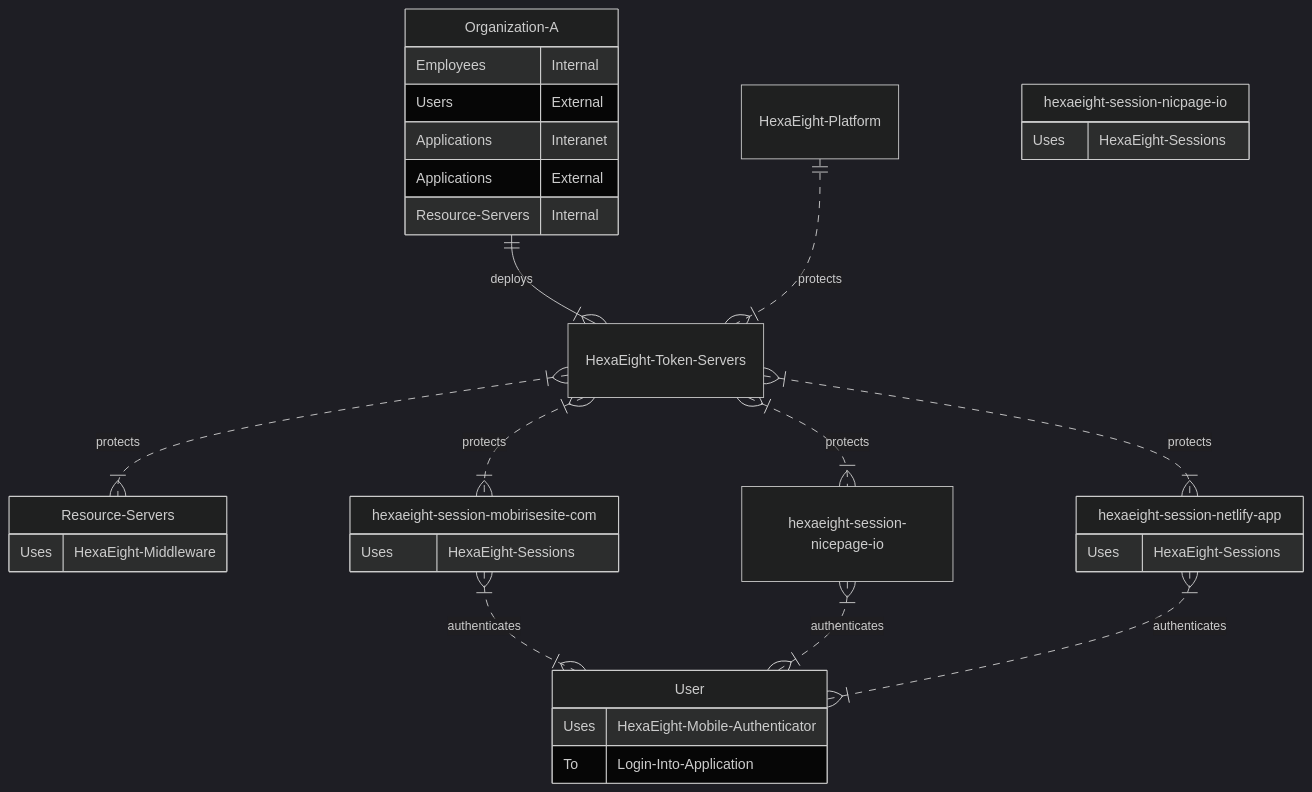
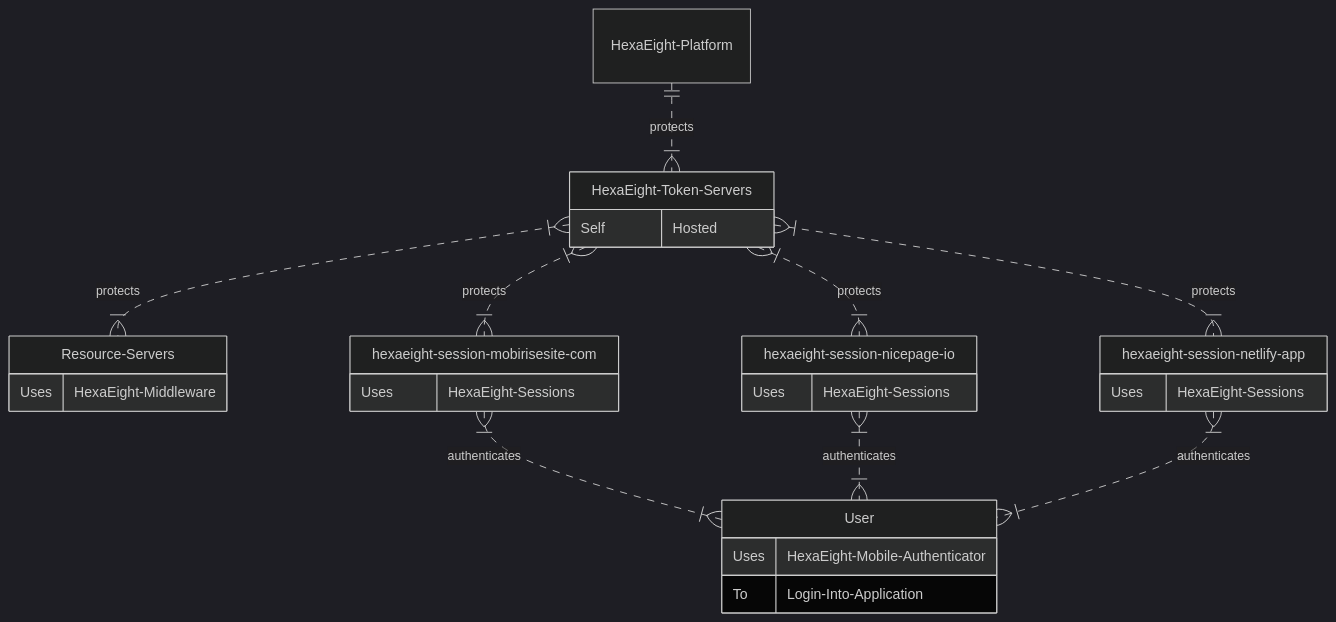
Before and after one commit to HexaEightTeam/session-js-spa-https: the second of 2 diagrams in README.md, drawn with Mermaid (dark theme).

````diff
--- a/README.md
+++ b/README.md
@@ -82,36 +82,31 @@
 ```mermaid
 erDiagram
-    Organization-A ||--|{ HexaEight-Token-Servers : deploys
-        Organization-A {
-        Employees Internal
-        Users External
-        Applications Interanet
-	Applications External
-	Resource-Servers Internal
-	}
 	HexaEight-Platform ||..|{ HexaEight-Token-Servers : protects
 	HexaEight-Token-Servers }|..|{ Resource-Servers : protects
         Resource-Servers {
         Uses HexaEight-Middleware
+	}
+	HexaEight-Token-Servers {
+	Self Hosted
 	}
 	HexaEight-Token-Servers }|..|{ hexaeight-session-mobirisesite-com : protects
         hexaeight-session-mobirisesite-com{
 	Uses HexaEight-Sessions
 	}
 	HexaEight-Token-Servers }|..|{ hexaeight-session-nicepage-io : protects
-        hexaeight-session-nicpage-io{
+        hexaeight-session-nicepage-io{
 	Uses HexaEight-Sessions
 	}
 	HexaEight-Token-Servers }|..|{ hexaeight-session-netlify-app : protects
         hexaeight-session-netlify-app{
 	Uses HexaEight-Sessions
 	}
 	hexaeight-session-mobirisesite-com }|..|{ User : authenticates
 	hexaeight-session-nicepage-io }|..|{ User : authenticates
 	hexaeight-session-netlify-app }|..|{ User : authenticates
 	User{
 	Uses HexaEight-Mobile-Authenticator
 	To   Login-Into-Application
 	}
 
 ```
````
